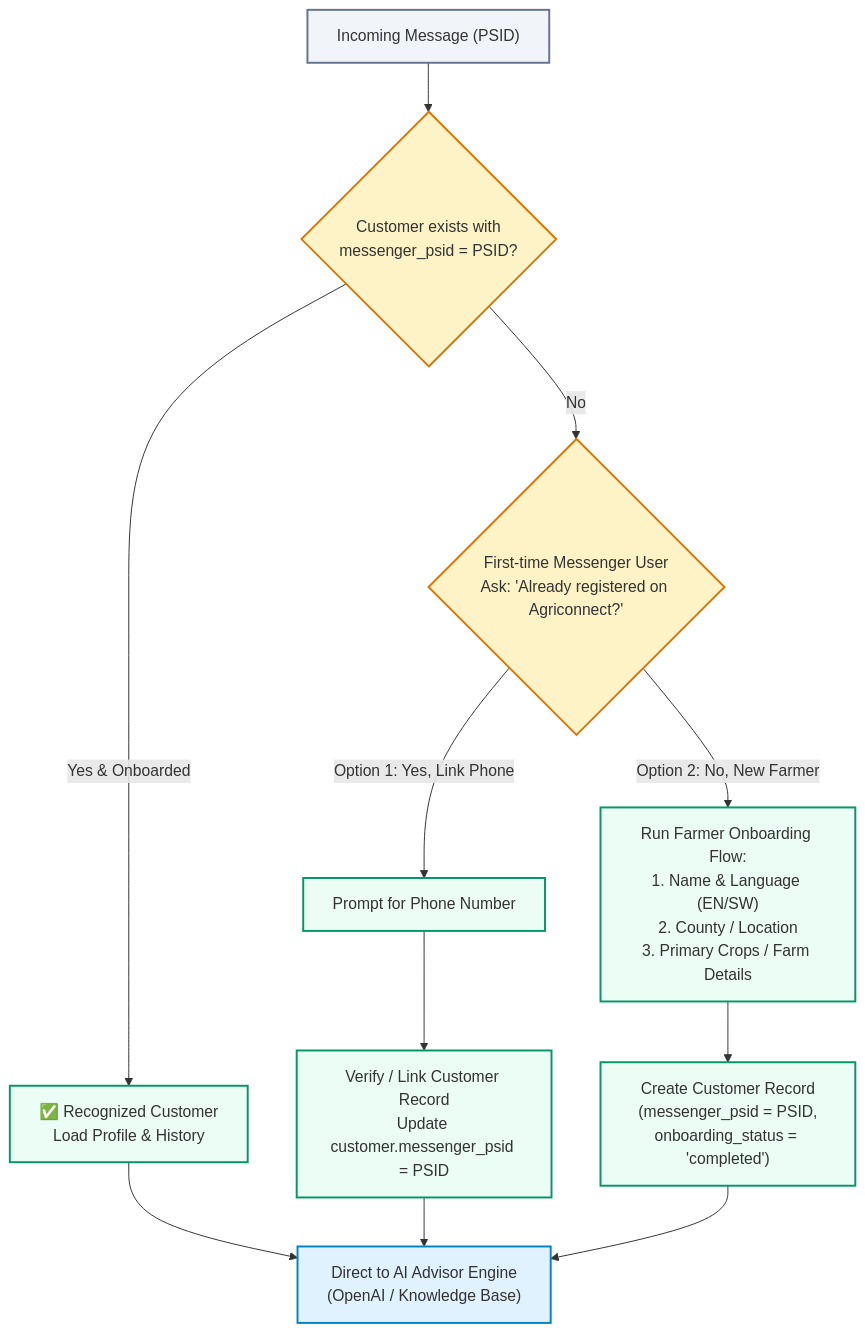
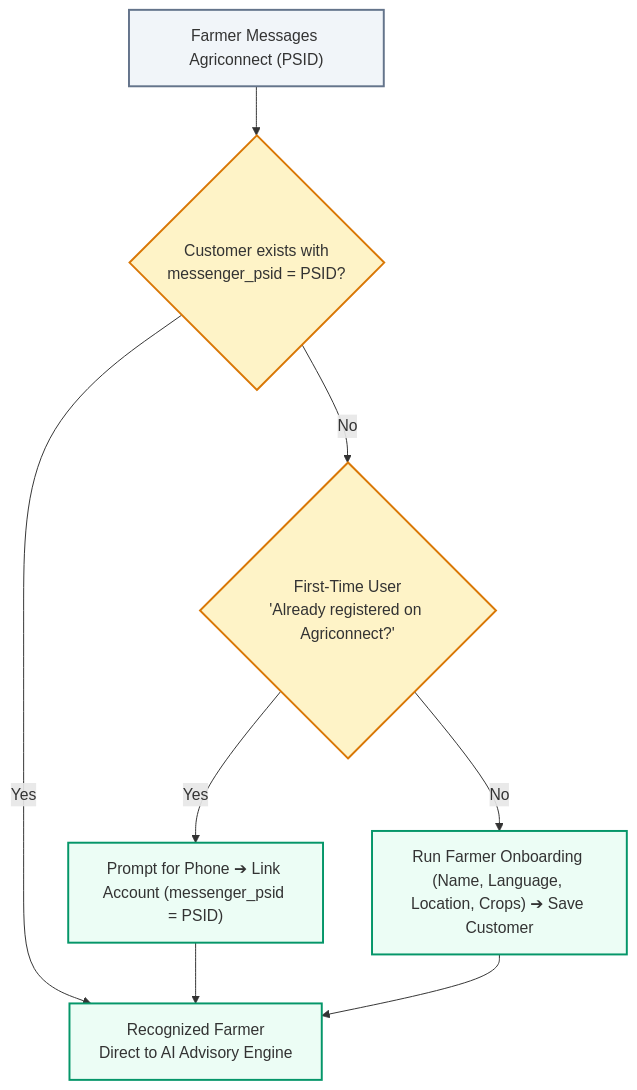
One commit to akvo/nbd-phase-1 changed the third of 3 diagrams in docs/features/009_facebook_messenger_chatbot_pipeline_spec.md. Above: the diagram before and after it, drawn with Mermaid. The commit also changed other lines of this file and 1 other file, not shown here.

````diff
--- a/docs/features/009_facebook_messenger_chatbot_pipeline_spec.md
+++ b/docs/features/009_facebook_messenger_chatbot_pipeline_spec.md
@@ -106,22 +113,14 @@
 ```mermaid
 flowchart TD
     classDef start fill:#f1f5f9,stroke:#64748b,stroke-width:2px;
     classDef decision fill:#fef3c7,stroke:#d97706,stroke-width:2px;
     classDef process fill:#ecfdf5,stroke:#059669,stroke-width:2px;
-    classDef endnode fill:#e0f2fe,stroke:#0284c7,stroke-width:2px;
 
-    Start["Incoming Message (PSID)"]:::start --> CheckDB{"Customer exists with\nmessenger_psid = PSID?"}:::decision
-
-    CheckDB -->|Yes & Onboarded| ExistingUser["✅ Recognized Customer\nLoad Profile & History"]:::process
-    ExistingUser --> RouteAI["Direct to AI Advisor Engine\n(OpenAI / Knowledge Base)"]:::endnode
-
-    CheckDB -->|No| AskLinking{"First-time Messenger User\nAsk: 'Already registered on Agriconnect?'"}:::decision
-
-    AskLinking -->|"Option 1: Yes, Link Phone"| PromptPhone["Prompt for Phone Number"]:::process
-    PromptPhone --> VerifyLink["Verify / Link Customer Record\nUpdate customer.messenger_psid = PSID"]:::process
-    VerifyLink --> RouteAI
-
-    AskLinking -->|"Option 2: No, New Farmer"| RunOnboarding["Run Farmer Onboarding Flow:\n1. Name & Language (EN/SW)\n2. County / Location\n3. Primary Crops / Farm Details"]:::process
-    RunOnboarding --> SaveNewCustomer["Create Customer Record\n(messenger_psid = PSID,\nonboarding_status = 'completed')"]:::process
-    SaveNewCustomer --> RouteAI
+    Start["Farmer Messages Agriconnect (PSID)"]:::start --> CheckDB{"Customer exists with\nmessenger_psid = PSID?"}:::decision
+    CheckDB -->|Yes| Recognized["Recognized Farmer\nDirect to AI Advisory Engine"]:::process
+    CheckDB -->|No| AskLinking{"First-Time User\n'Already registered on Agriconnect?'"}:::decision
+    AskLinking -->|Yes| PromptPhone["Prompt for Phone ➔ Link Account (messenger_psid = PSID)"]:::process
+    AskLinking -->|No| Onboard["Run Farmer Onboarding (Name, Language, Location, Crops) ➔ Save Customer"]:::process
+    PromptPhone --> Recognized
+    Onboard --> Recognized
 ```
````
